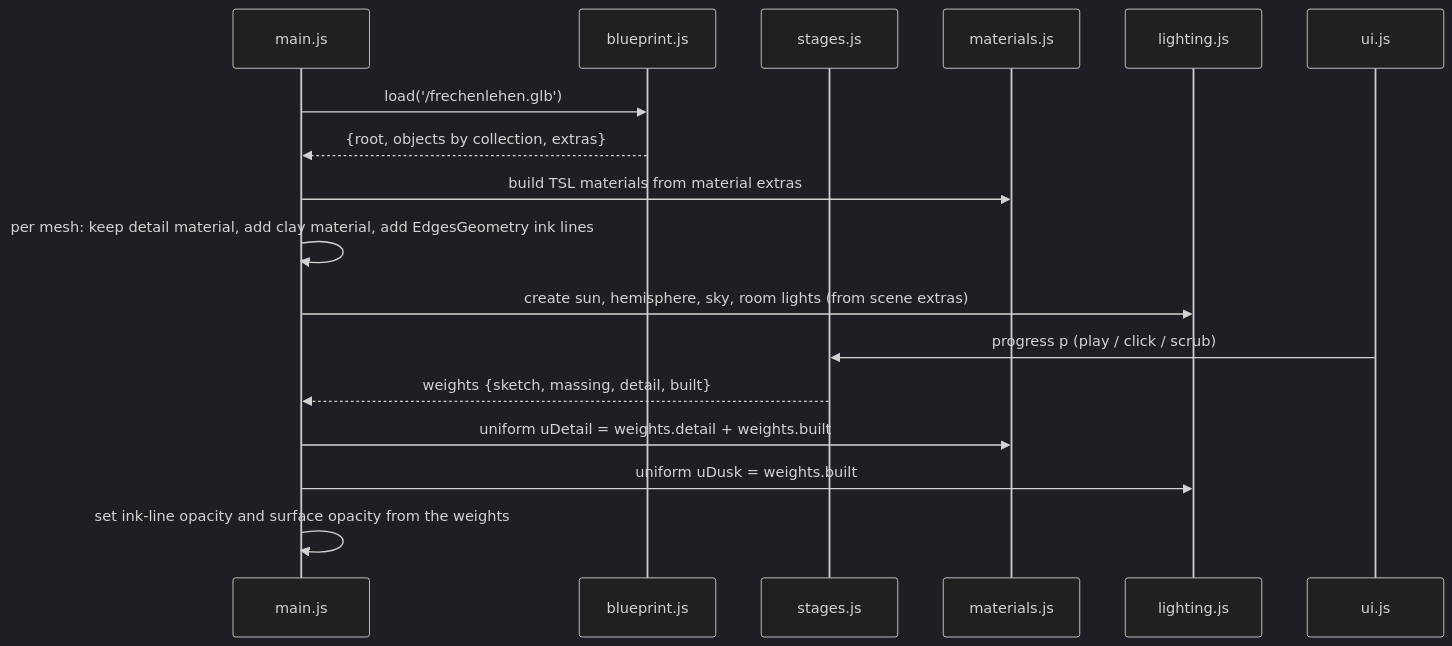
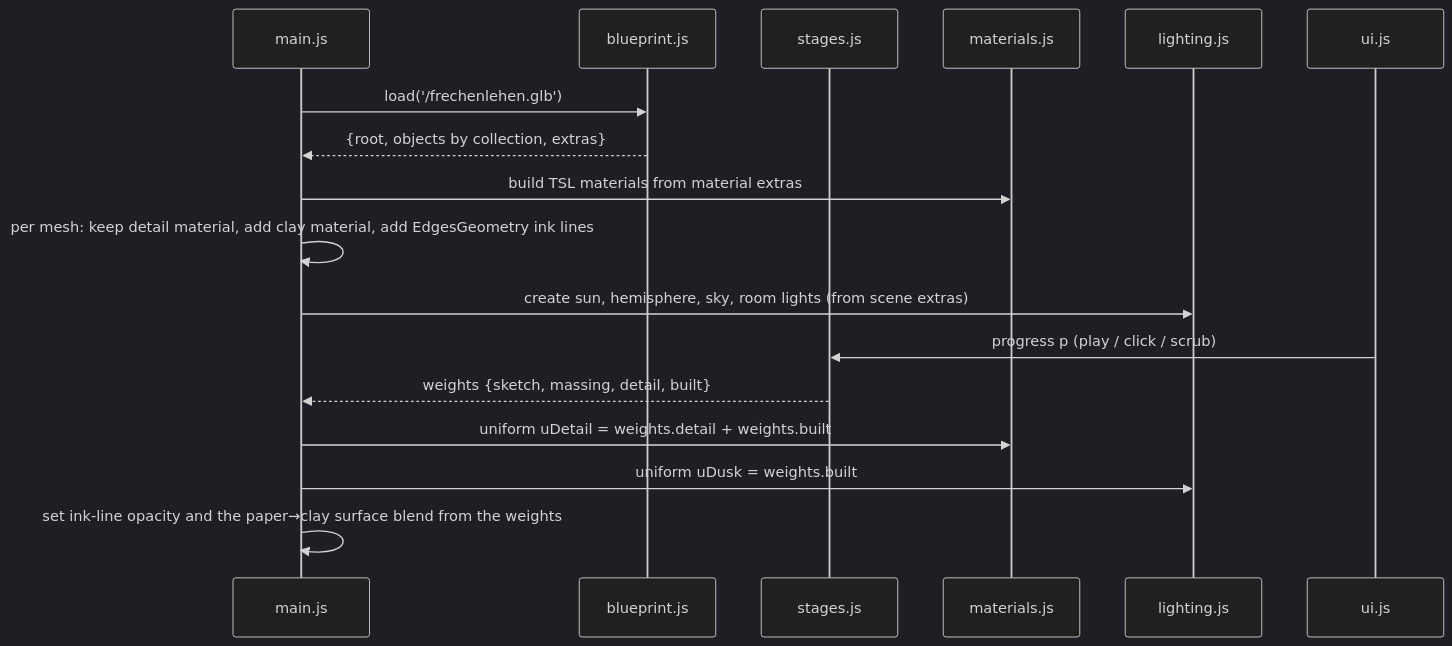
Before and after one commit to tillg/frechen_blender: the second of 2 diagrams in specs/changes/three-js/architecture.md, drawn with Mermaid (dark theme). The commit also changed other lines of this file and 7 other files, not shown here.

````diff
--- a/specs/changes/three-js/architecture.md
+++ b/specs/changes/three-js/architecture.md
@@ -229,19 +262,19 @@
 ```mermaid
 sequenceDiagram
     participant M as main.js
     participant L as blueprint.js
     participant S as stages.js
     participant Ma as materials.js
     participant Li as lighting.js
     participant U as ui.js
     M->>L: load('/frechenlehen.glb')
     L-->>M: {root, objects by collection, extras}
     M->>Ma: build TSL materials from material extras
     M->>M: per mesh: keep detail material, add clay material, add EdgesGeometry ink lines
     M->>Li: create sun, hemisphere, sky, room lights (from scene extras)
     U->>S: progress p (play / click / scrub)
     S-->>M: weights {sketch, massing, detail, built}
     M->>Ma: uniform uDetail = weights.detail + weights.built
     M->>Li: uniform uDusk = weights.built
-    M->>M: set ink-line opacity and surface opacity from the weights
+    M->>M: set ink-line opacity and the paper→clay surface blend from the weights
 ```
````
